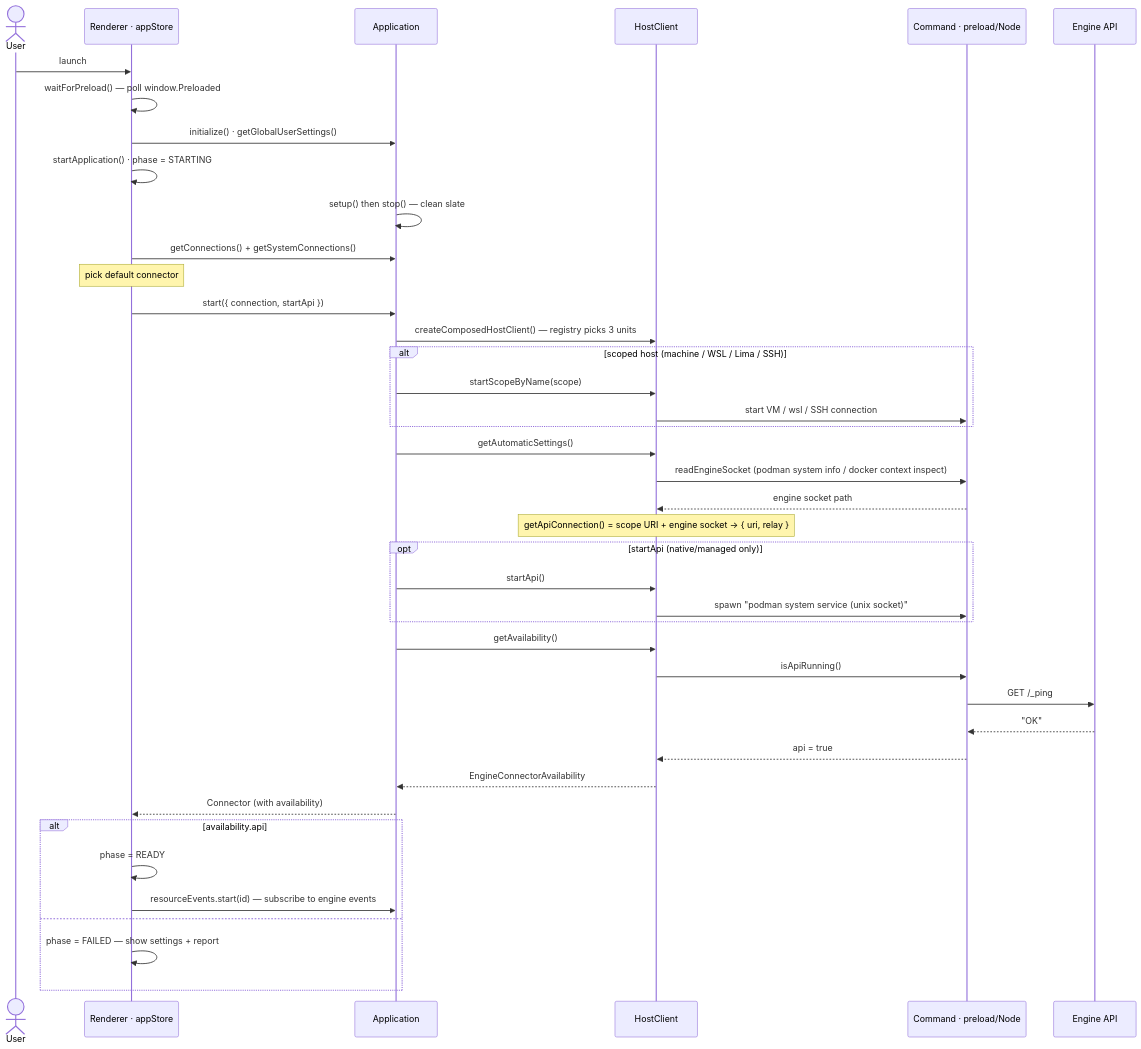
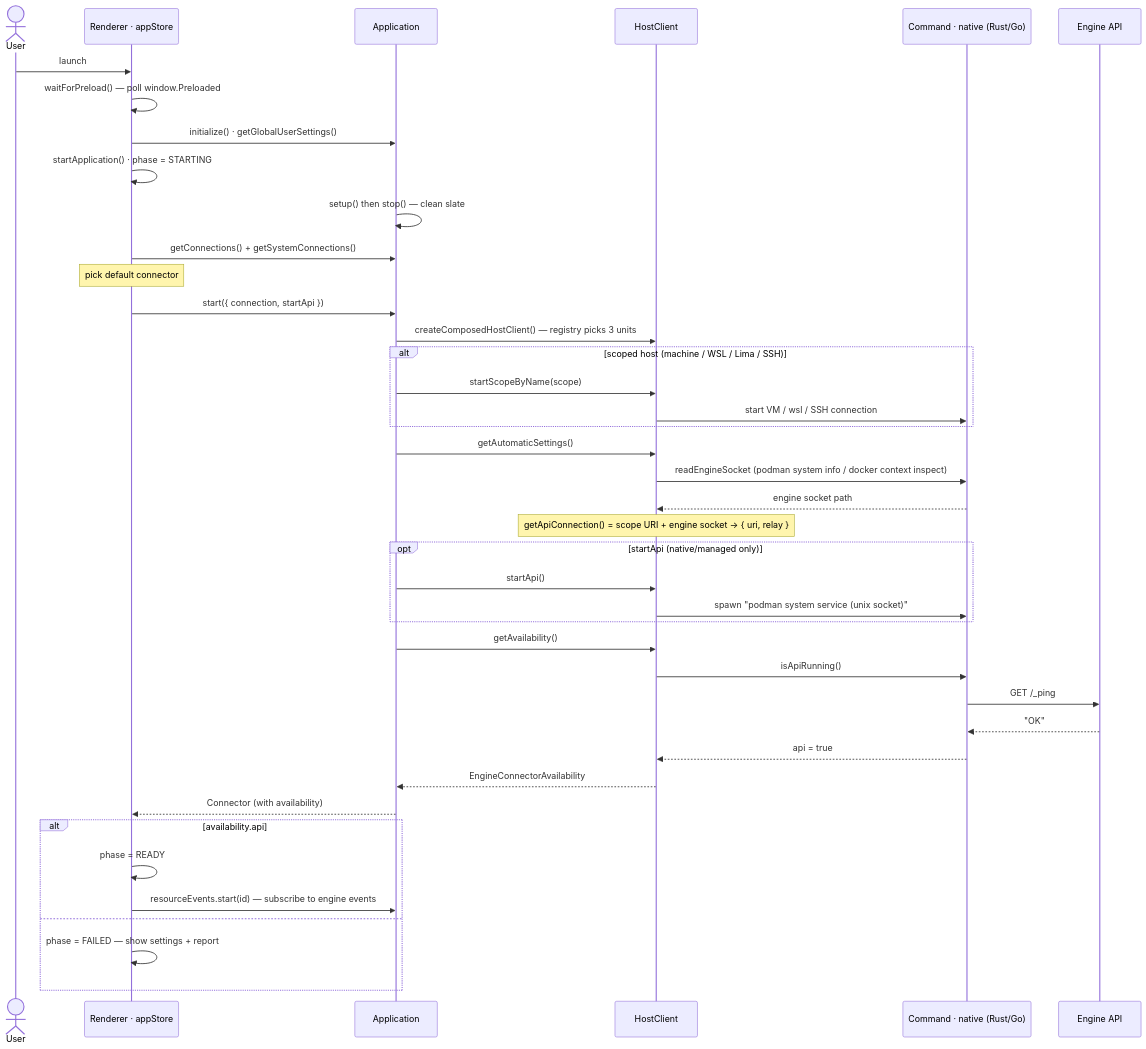
The second of 6 diagrams in docs/architecture/connection-startup.md (iongion/container-desktop), drawn with Mermaid before and after one commit. The commit also changed other lines of this file and 1901 other files, not shown here.

````diff
--- a/docs/architecture/connection-startup.md
+++ b/docs/architecture/connection-startup.md
@@ -39,49 +39,49 @@
 ```mermaid
 sequenceDiagram
   actor User
   participant UI as Renderer · appStore
   participant App as Application
   participant Host as HostClient
-  participant Cmd as Command · preload/Node
+  participant Cmd as Command · native (Rust/Go)
   participant Eng as Engine API
 
   User->>UI: launch
   UI->>UI: waitForPreload() — poll window.Preloaded
   UI->>App: initialize() · getGlobalUserSettings()
   UI->>UI: startApplication() · phase = STARTING
   App->>App: setup() then stop() — clean slate
   UI->>App: getConnections() + getSystemConnections()
   Note over UI: pick default connector
   UI->>App: start({ connection, startApi })
   App->>Host: createComposedHostClient() — registry picks 3 units
 
   alt scoped host (machine / WSL / Lima / SSH)
     App->>Host: startScopeByName(scope)
     Host->>Cmd: start VM / wsl / SSH connection
   end
 
   App->>Host: getAutomaticSettings()
   Host->>Cmd: readEngineSocket (podman system info / docker context inspect)
   Cmd-->>Host: engine socket path
   Note over Host: getApiConnection() = scope URI + engine socket → { uri, relay }
 
   opt startApi (native/managed only)
     App->>Host: startApi()
     Host->>Cmd: spawn "podman system service (unix socket)"
   end
 
   App->>Host: getAvailability()
   Host->>Cmd: isApiRunning()
   Cmd->>Eng: GET /_ping
   Eng-->>Cmd: "OK"
   Cmd-->>Host: api = true
   Host-->>App: EngineConnectorAvailability
   App-->>UI: Connector (with availability)
 
   alt availability.api
     UI->>UI: phase = READY
     UI->>App: resourceEvents.start(id) — subscribe to engine events
   else
     UI->>UI: phase = FAILED — show settings + report
   end
 ```
````
